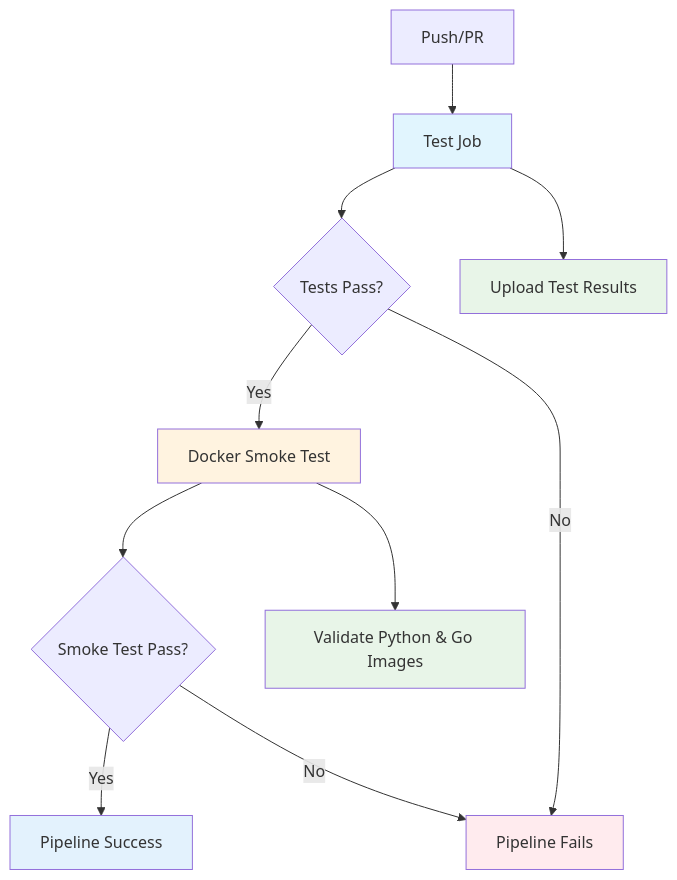
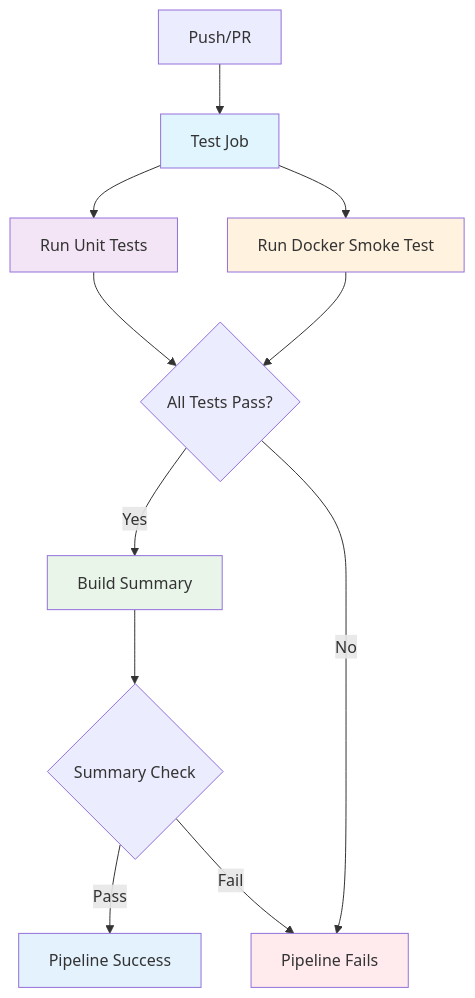
One commit to whale-net/everything changed the first of 2 diagrams in README.md. Above: the diagram before and after it, drawn with Mermaid. The commit also changed other lines of this file and 1 other file, not shown here.

Commit message:
Move smoke test into test job and rename to build-summary for branch protection

````diff
--- a/README.md
+++ b/README.md
@@ -585,19 +585,20 @@
 ```mermaid
 graph TD
     A[Push/PR] --> B[Test Job]
-    B --> C{Tests Pass?}
-    C -->|Yes| D[Docker Smoke Test]
-    C -->|No| F[Pipeline Fails]
-    B --> G[Upload Test Results]
-    D --> H{Smoke Test Pass?}
-    H -->|Yes| I[Pipeline Success]
-    H -->|No| F
-    D --> J[Validate Python & Go Images]
+    B --> C[Run Unit Tests]
+    B --> D[Run Docker Smoke Test]
+    C --> E{All Tests Pass?}
+    D --> E
+    E -->|Yes| F[Build Summary]
+    E -->|No| G[Pipeline Fails]
+    F --> H{Summary Check}
+    H -->|Pass| I[Pipeline Success]
+    H -->|Fail| G
     
     style B fill:#e1f5fe
+    style C fill:#f3e5f5
     style D fill:#fff3e0
-    style F fill:#ffebee
-    style G fill:#e8f5e8
+    style F fill:#e8f5e8
+    style G fill:#ffebee
     style I fill:#e3f2fd
-    style J fill:#e8f5e8
 ```
````
